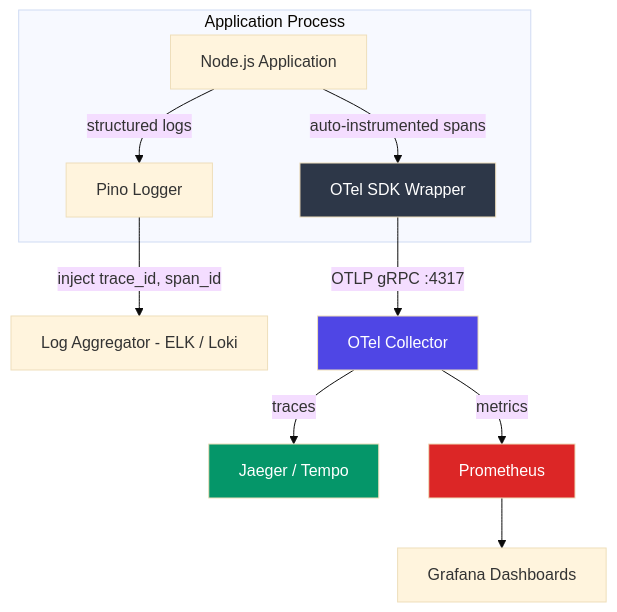
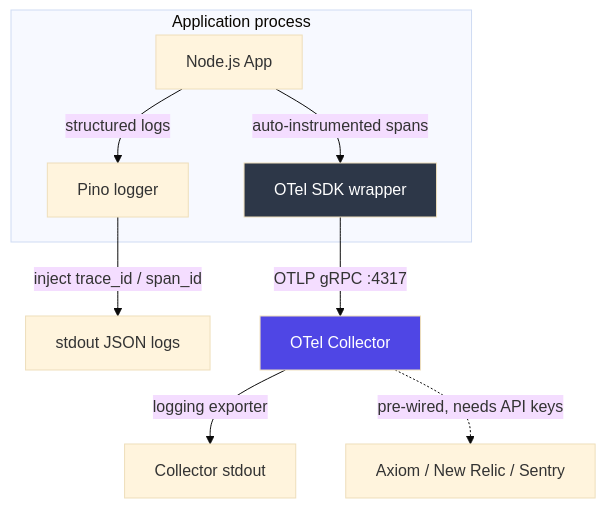
One commit to sudhanshu1402/otel-sdk-node changed the diagram in README.md. Above: the diagram before and after it, drawn with Mermaid (base theme). The commit also changed other lines of this file, not shown here.

````diff
--- a/README.md
+++ b/README.md
@@ -17,21 +17,18 @@
 ```mermaid
 graph TB
-    App[Node.js Application] -->|auto-instrumented spans| SDK[OTel SDK Wrapper]
-    App -->|structured logs| Logger[Pino Logger]
-    Logger -->|inject trace_id, span_id| Logs[Log Aggregator - ELK / Loki]
+    App[Node.js App] -->|auto-instrumented spans| SDK[OTel SDK wrapper]
+    App -->|structured logs| Logger[Pino logger]
+    Logger -->|inject trace_id / span_id| Out[stdout JSON logs]
     SDK -->|OTLP gRPC :4317| Collector[OTel Collector]
-    Collector -->|traces| Jaeger[Jaeger / Tempo]
-    Collector -->|metrics| Prometheus[Prometheus]
-    Prometheus --> Grafana[Grafana Dashboards]
+    Collector -->|logging exporter| Stdout[Collector stdout]
+    Collector -.->|pre-wired, needs API keys| Vendors[Axiom / New Relic / Sentry]
 
-    subgraph "Application Process"
+    subgraph "Application process"
         App
         SDK
         Logger
     end
 
     style SDK fill:#2d3748,color:#fff
     style Collector fill:#4f46e5,color:#fff
-    style Jaeger fill:#059669,color:#fff
-    style Prometheus fill:#dc2626,color:#fff
 ```
````
